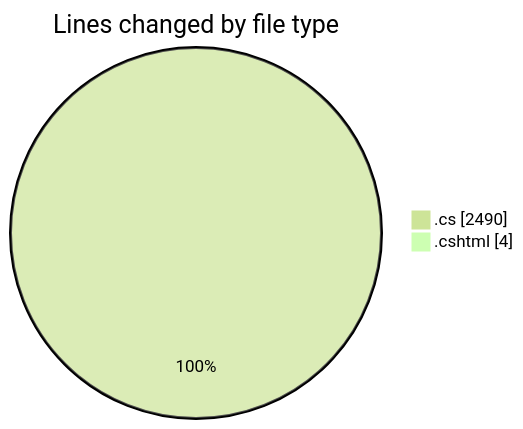
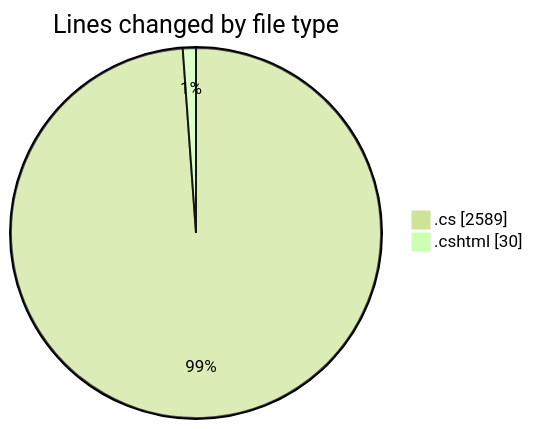
Before and after one commit to lephambinh05/code-tracking: the first of 2 diagrams in 2025-07-15/nhahang/README.md, drawn with Mermaid (forest theme). The commit also changed other lines of this file and 1 other file, not shown here.

````diff
--- a/2025-07-15/nhahang/README.md
+++ b/2025-07-15/nhahang/README.md
@@ -65,6 +67,6 @@
 ```mermaid
 pie showData
 title Lines changed by file type
-".cs" : 2490
-".cshtml" : 4
+".cs" : 2589
+".cshtml" : 30
 ```
````
